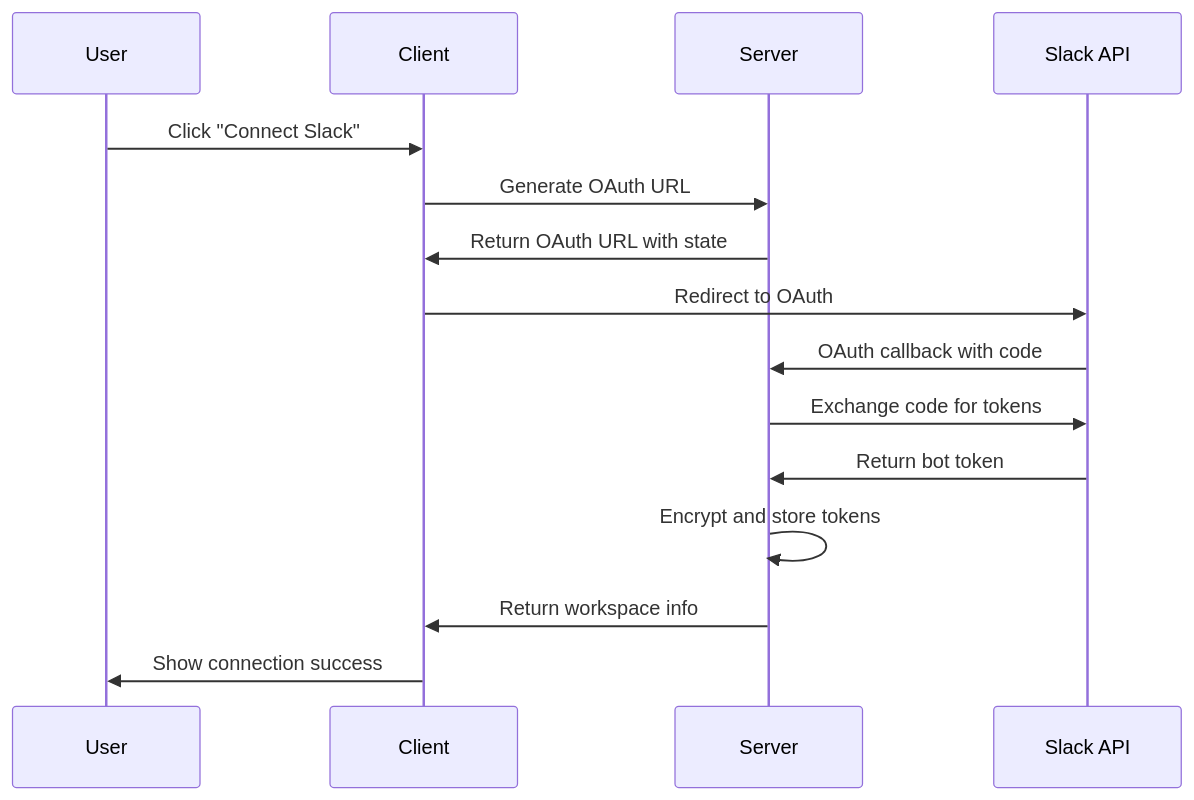
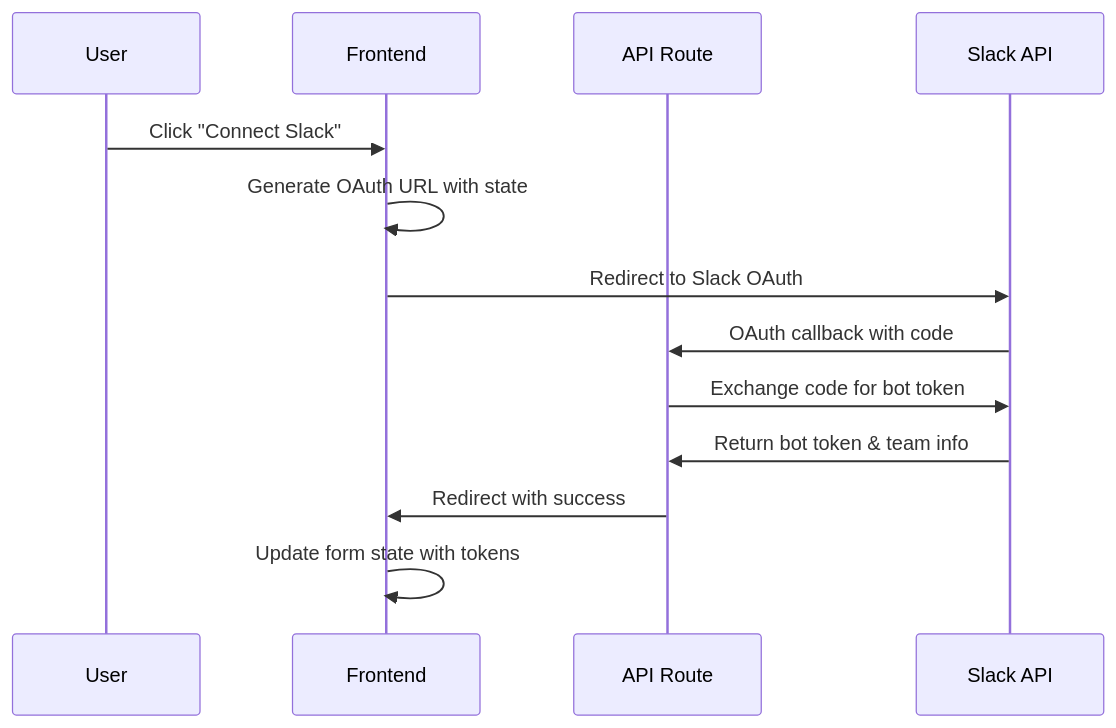
Before and after one commit to langfuse/langfuse: the first of 2 diagrams in .work/slack-integration-tech-spec.md, drawn with Mermaid. The commit also changed other lines of this file and 1 other file, not shown here.

````diff
--- a/.work/slack-integration-tech-spec.md
+++ b/.work/slack-integration-tech-spec.md
@@ -824,18 +689,16 @@
 ```mermaid
 sequenceDiagram
     participant U as User
-    participant C as Client
-    participant S as Server
-    participant Slack as Slack API
+    participant F as Frontend
+    participant API as API Route
+    participant S as Slack API
     
-    U->>C: Click "Connect Slack"
-    C->>S: Generate OAuth URL
-    S->>C: Return OAuth URL with state
-    C->>Slack: Redirect to OAuth
-    Slack->>S: OAuth callback with code
-    S->>Slack: Exchange code for tokens
-    Slack->>S: Return bot token
-    S->>S: Encrypt and store tokens
-    S->>C: Return workspace info
-    C->>U: Show connection success
+    U->>F: Click "Connect Slack"
+    F->>F: Generate OAuth URL with state
+    F->>S: Redirect to Slack OAuth
+    S->>API: OAuth callback with code
+    API->>S: Exchange code for bot token
+    S->>API: Return bot token & team info
+    API->>F: Redirect with success
+    F->>F: Update form state with tokens
 ```
````
